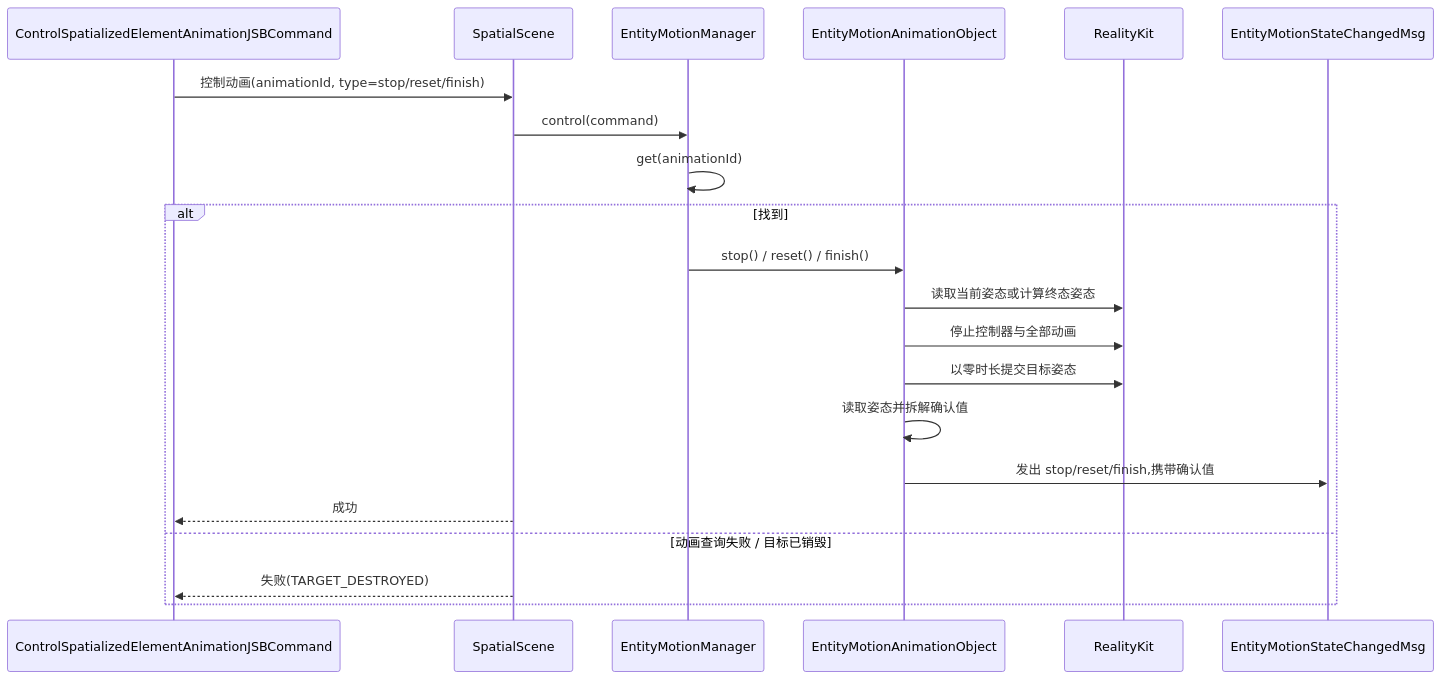
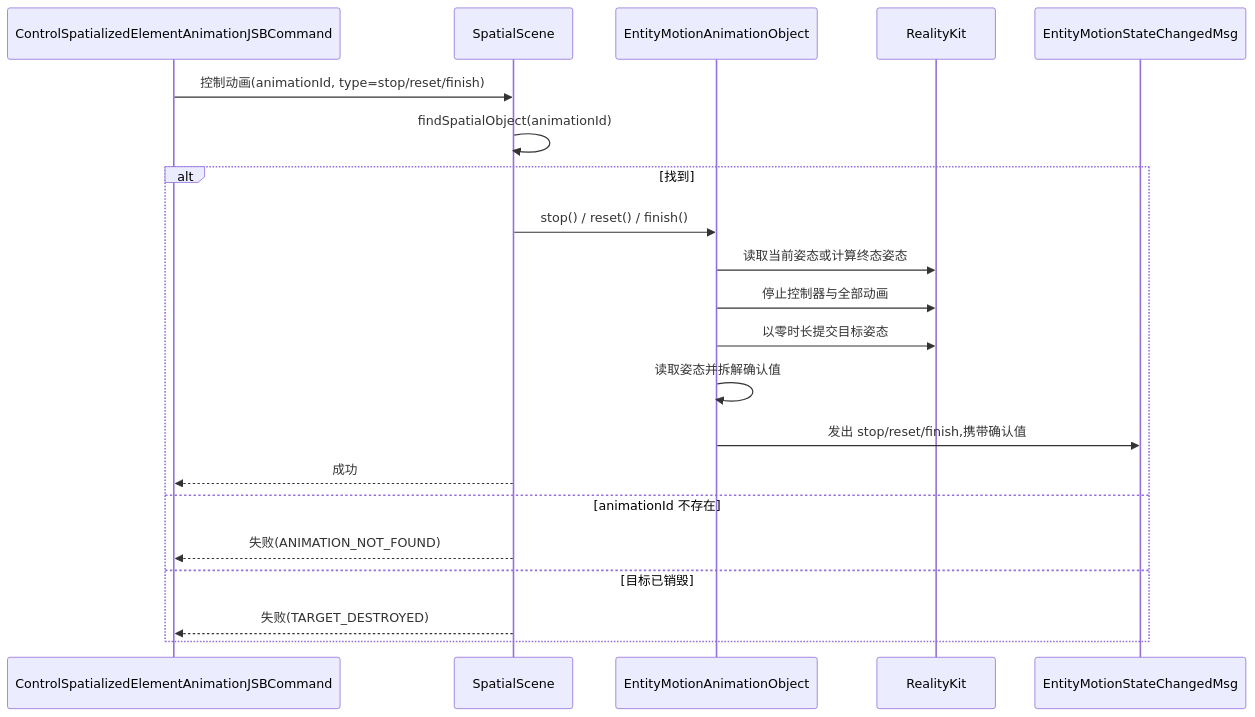
Before and after one commit to webspatial/webspatial-sdk: diagram 13 of 14 in openspec/changes/redesign-entity-motion-api/design.zh.md, drawn with Mermaid. The commit also changed other lines of this file and 1 other file, not shown here.

````diff
--- a/openspec/changes/redesign-entity-motion-api/design.zh.md
+++ b/openspec/changes/redesign-entity-motion-api/design.zh.md
@@ -985,24 +1076,24 @@
 ```mermaid
 sequenceDiagram
     participant JSB as ControlSpatializedElementAnimationJSBCommand
     participant Scene as SpatialScene
-    participant Manager as EntityMotionManager
     participant Obj as EntityMotionAnimationObject
     participant RK as RealityKit
     participant Event as EntityMotionStateChangedMsg
 
     JSB->>Scene: 控制动画(animationId, type=stop/reset/finish)
-    Scene->>Manager: control(command)
-    Manager->>Manager: get(animationId)
+    Scene->>Scene: findSpatialObject(animationId)
     alt 找到
-        Manager->>Obj: stop() / reset() / finish()
+        Scene->>Obj: stop() / reset() / finish()
         Obj->>RK: 读取当前姿态或计算终态姿态
         Obj->>RK: 停止控制器与全部动画
         Obj->>RK: 以零时长提交目标姿态
         Obj->>Obj: 读取姿态并拆解确认值
         Obj->>Event: 发出 stop/reset/finish,携带确认值
         Scene-->>JSB: 成功
-    else 动画查询失败 / 目标已销毁
+    else animationId 不存在
+        Scene-->>JSB: 失败(ANIMATION_NOT_FOUND)
+    else 目标已销毁
         Scene-->>JSB: 失败(TARGET_DESTROYED)
     end
 ```
````
